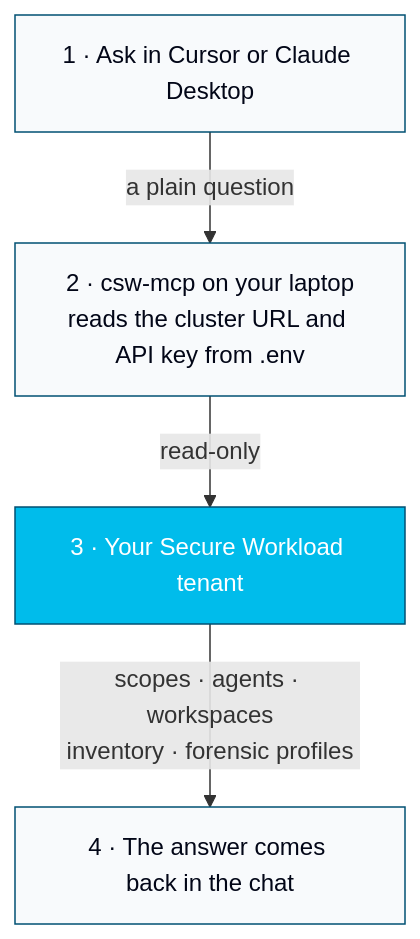
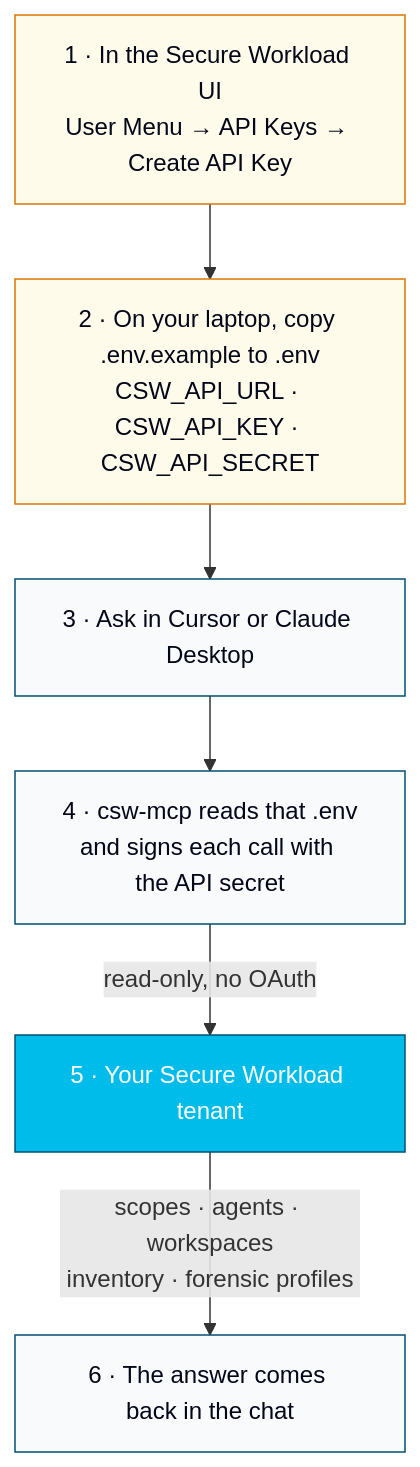
Before and after one commit to chandrapati/csw-mcp: the diagram in README.md, drawn with Mermaid. The commit also changed other lines of this file, not shown here.

Commit message:
Show where cluster credentials go, and that OAuth is not used.
The README diagram now starts in the Secure Workload API Keys page and ends in a local .env with the URL, key, and secret.

````diff
--- a/README.md
+++ b/README.md
@@ -26,16 +26,20 @@
 ```mermaid
 flowchart TB
-    ask["1 · Ask in Cursor or Claude Desktop"]
-    local["2 · csw-mcp on your laptop<br/>reads the cluster URL and API key from .env"]
-    tenant["3 · Your Secure Workload tenant"]
-    reply["4 · The answer comes back in the chat"]
+    ui["1 · In the Secure Workload UI<br/>User Menu → API Keys → Create API Key"]
+    env["2 · On your laptop, copy .env.example to .env<br/>CSW_API_URL · CSW_API_KEY · CSW_API_SECRET"]
+    ask["3 · Ask in Cursor or Claude Desktop"]
+    local["4 · csw-mcp reads that .env<br/>and signs each call with the API secret"]
+    tenant["5 · Your Secure Workload tenant"]
+    reply["6 · The answer comes back in the chat"]
 
-    ask -->|"a plain question"| local
-    local -->|"read-only"| tenant
+    ui --> env --> ask --> local
+    local -->|"read-only, no OAuth"| tenant
     tenant -->|"scopes · agents · workspaces<br/>inventory · forensic profiles"| reply
 
     classDef step fill:#F8FAFC,stroke:#005073,color:#020617;
+    classDef cred fill:#FFFBEB,stroke:#d97706,color:#020617;
     classDef cisco fill:#00bceb,stroke:#005073,color:#ffffff;
     class ask,local,reply step;
+    class ui,env cred;
     class tenant cisco;
 ```
````
